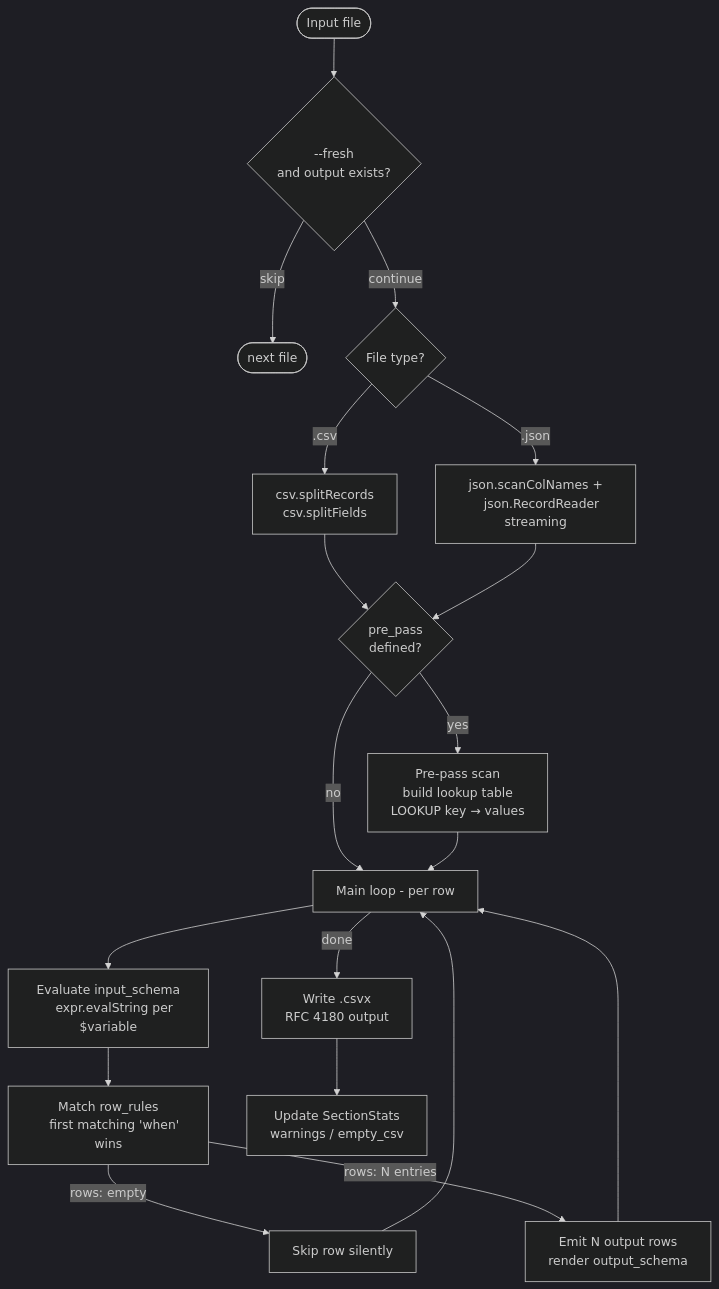
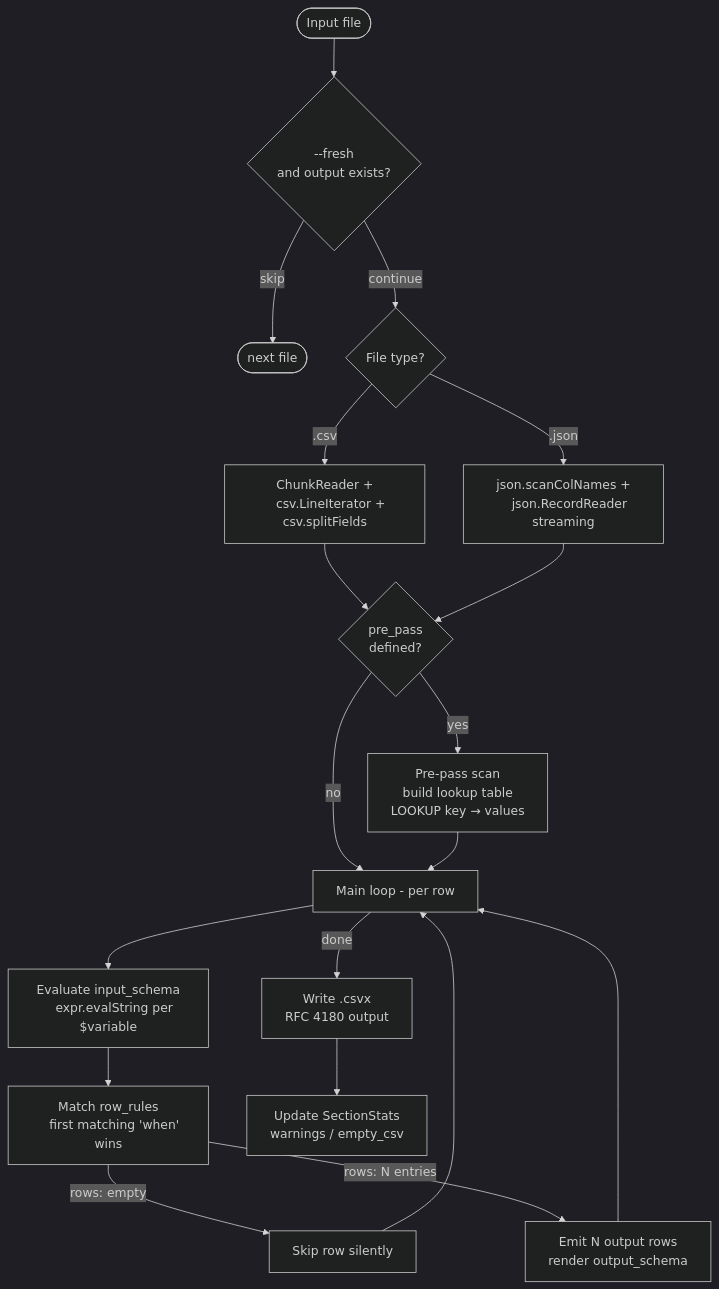
Before and after one commit to zaxified/bxp: the third of 15 diagrams in docs/architecture.md, drawn with Mermaid (dark theme). The commit also changed other lines of this file and 7 other files, not shown here.

First line of the commit message:
bxp-cli, bxp-core: drop dead RowIterator + csv.splitRecords

````diff
--- a/docs/architecture.md
+++ b/docs/architecture.md
@@ -195,36 +195,36 @@
 ```mermaid
 flowchart TD
     FILE([Input file]) --> FRESH{--fresh
     and output exists?}
     FRESH -->|skip| NEXT([next file])
     FRESH -->|continue| DETECT{File type?}
-    DETECT -->|.csv| CSV_READ[csv.splitRecords
-    csv.splitFields]
+    DETECT -->|.csv| CSV_READ[ChunkReader +
+    csv.LineIterator + csv.splitFields]
     DETECT -->|.json| JSON_READ[json.scanColNames +
     json.RecordReader streaming]
     CSV_READ --> PREPASS
     JSON_READ --> PREPASS
 
     PREPASS{pre_pass
     defined?}
     PREPASS -->|yes| PP[Pre-pass scan
     build lookup table
     LOOKUP key → values]
     PREPASS -->|no| MAINLOOP
     PP --> MAINLOOP
 
     MAINLOOP[Main loop - per row]
     MAINLOOP --> SCHEMA[Evaluate input_schema
     expr.evalString per $variable]
     SCHEMA --> RULES[Match row_rules
     first matching 'when' wins]
     RULES -->|rows: empty| SKIP[Skip row silently]
     RULES -->|rows: N entries| EMIT[Emit N output rows
     render output_schema]
     SKIP --> MAINLOOP
     EMIT --> MAINLOOP
     MAINLOOP -->|done| WRITE[Write .csvx
     RFC 4180 output]
     WRITE --> STATS[Update SectionStats
     warnings / empty_csv]
 ```
````
